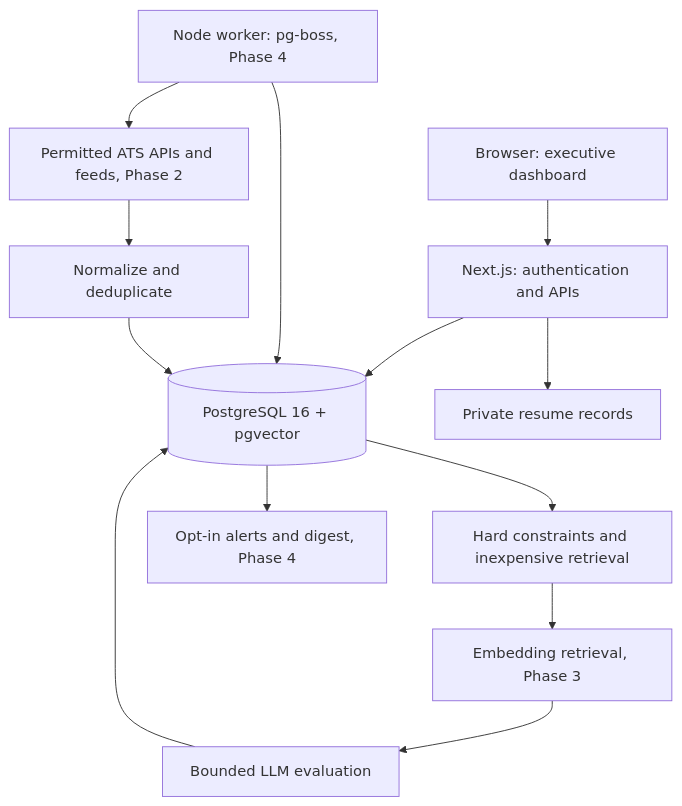
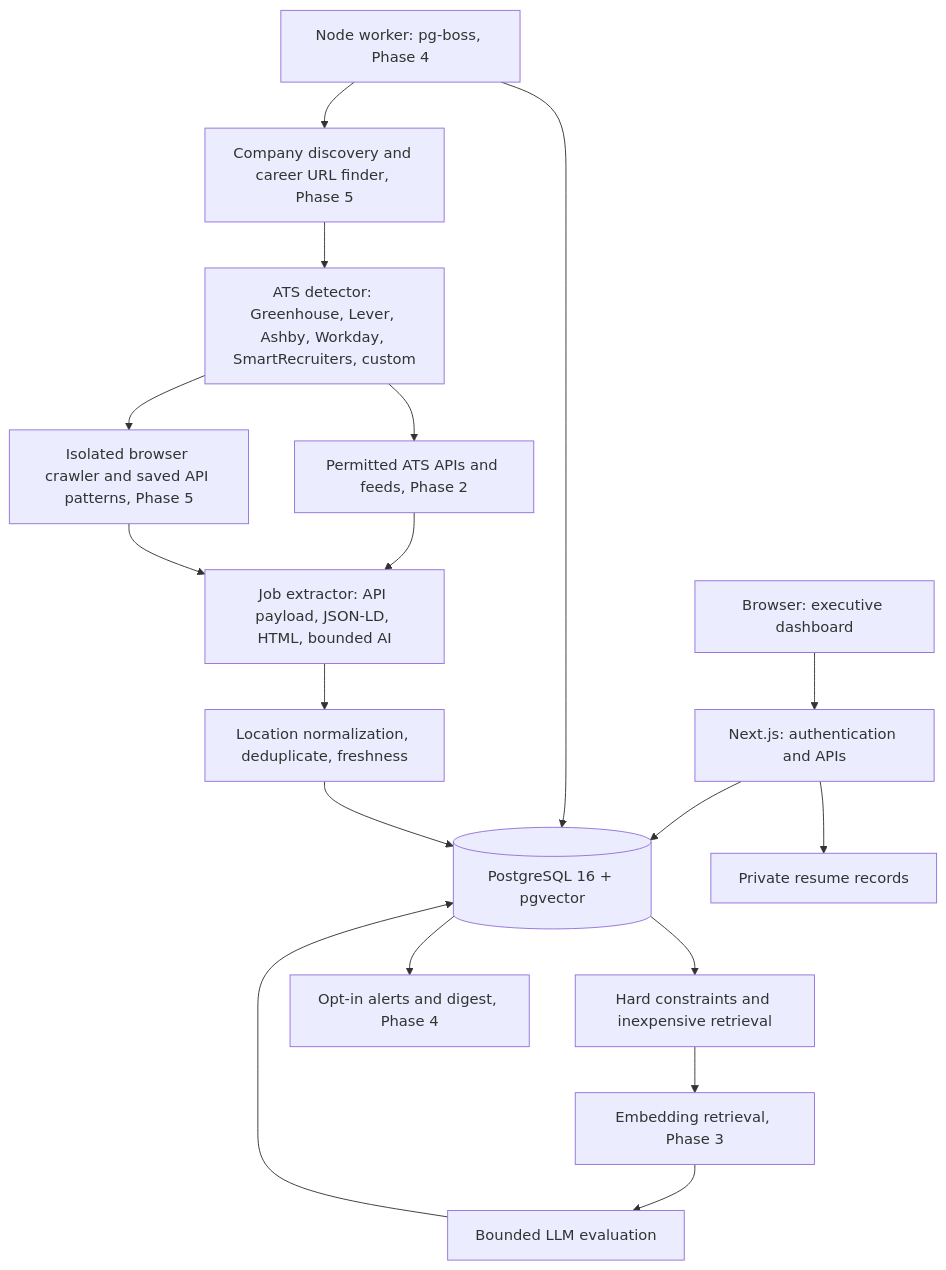
The diagram in doc/architecture.md (half-paul/job-finder), drawn with Mermaid before and after one commit. The commit also changed other lines of this file and 48 other files, not shown here.

````diff
--- a/doc/architecture.md
+++ b/doc/architecture.md
@@ -9,15 +9,20 @@
 ```mermaid
 flowchart TD
   Browser[Browser: executive dashboard] --> Web[Next.js: authentication and APIs]
   Web --> DB[(PostgreSQL 16 + pgvector)]
   Web --> Documents[Private resume records]
   Worker[Node worker: pg-boss, Phase 4] --> DB
-  Worker --> Sources[Permitted ATS APIs and feeds, Phase 2]
-  Sources --> Normalize[Normalize and deduplicate]
+  Worker --> Discovery[Company discovery and career URL finder, Phase 5]
+  Discovery --> Detector[ATS detector: Greenhouse, Lever, Ashby, Workday, SmartRecruiters, custom]
+  Detector --> Sources[Permitted ATS APIs and feeds, Phase 2]
+  Detector --> Crawler[Isolated browser crawler and saved API patterns, Phase 5]
+  Sources --> Extract[Job extractor: API payload, JSON-LD, HTML, bounded AI]
+  Crawler --> Extract
+  Extract --> Normalize[Location normalization, deduplicate, freshness]
   Normalize --> DB
   DB --> Filter[Hard constraints and inexpensive retrieval]
   Filter --> Embeddings[Embedding retrieval, Phase 3]
   Embeddings --> Evaluation[Bounded LLM evaluation]
   Evaluation --> DB
   DB --> Alerts[Opt-in alerts and digest, Phase 4]
 ```
````
